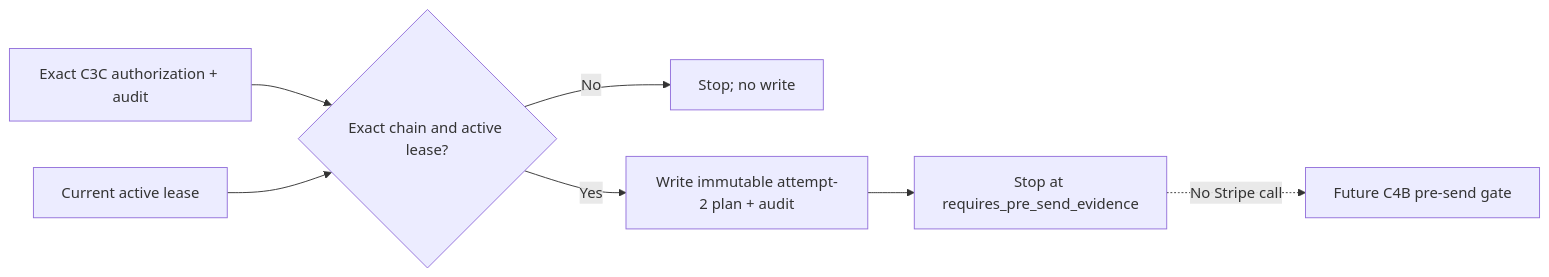
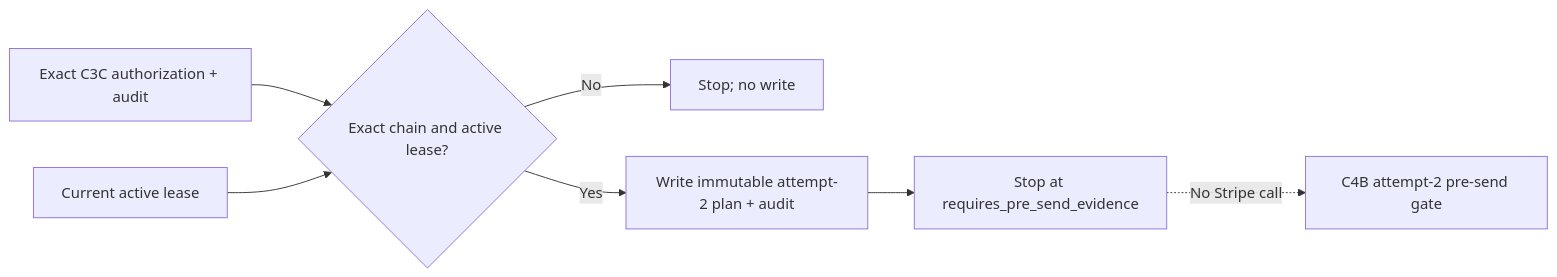
One commit to Run-MPRC/Run-MPRC.github.io changed the fourth of 5 diagrams in OPERATIONS_RUNBOOK.md. Above: the diagram before and after it, drawn with Mermaid. The commit also changed other lines of this file and 10 other files, not shown here.

Commit message:
Add attempt-2 Stripe pre-send evidence (#240)

````diff
--- a/OPERATIONS_RUNBOOK.md
+++ b/OPERATIONS_RUNBOOK.md
@@ -388,9 +388,9 @@
 ```mermaid
 flowchart LR
     A["Exact C3C authorization + audit"] --> G{"Exact chain and active lease?"}
     L["Current active lease"] --> G
     G -- "No" --> S["Stop; no write"]
     G -- "Yes" --> P["Write immutable attempt-2 plan + audit"]
     P --> R["Stop at requires_pre_send_evidence"]
-    R -. "No Stripe call" .-> C4B["Future C4B pre-send gate"]
+    R -. "No Stripe call" .-> C4B["C4B attempt-2 pre-send gate"]
 ```
````
